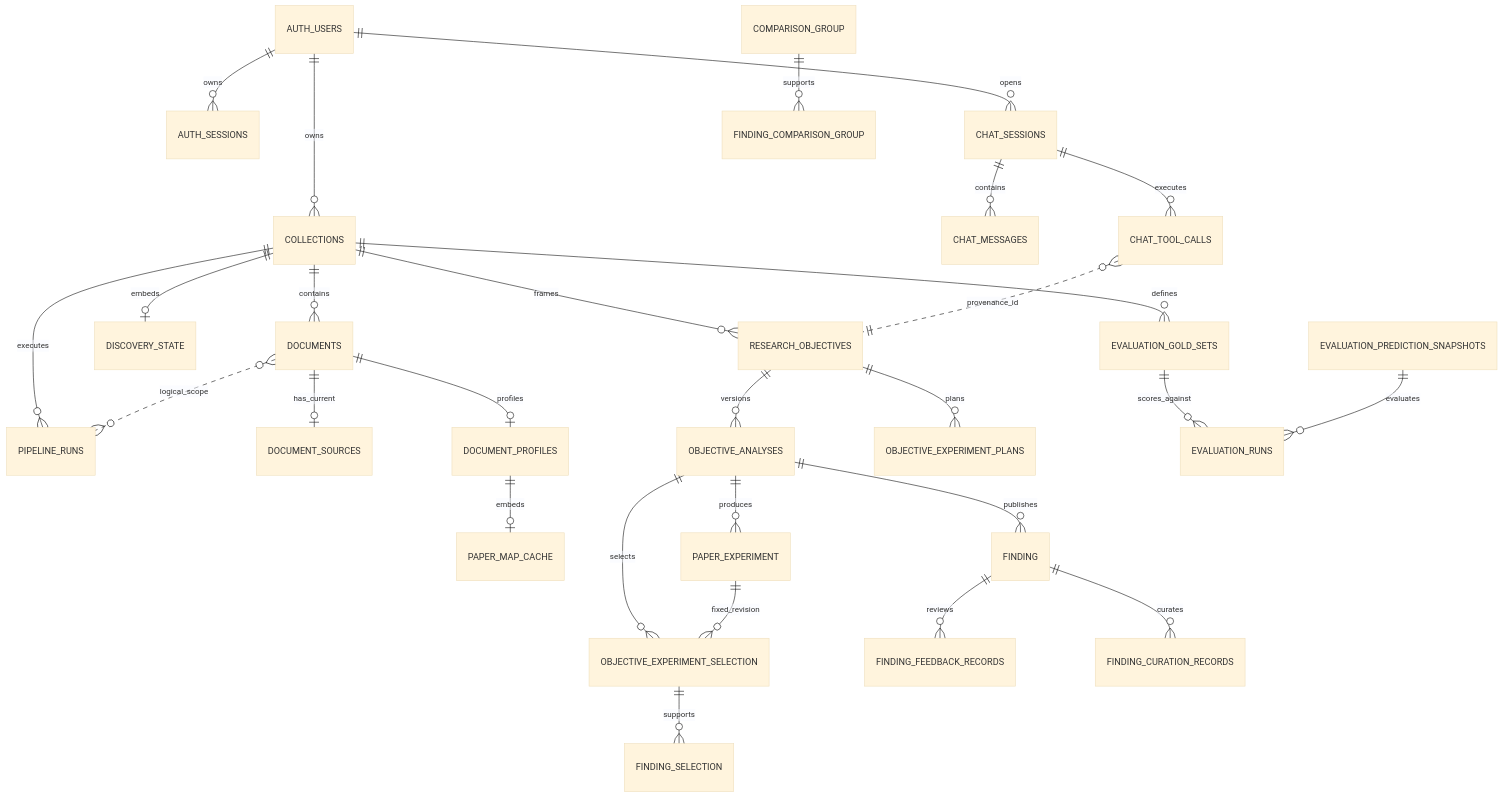
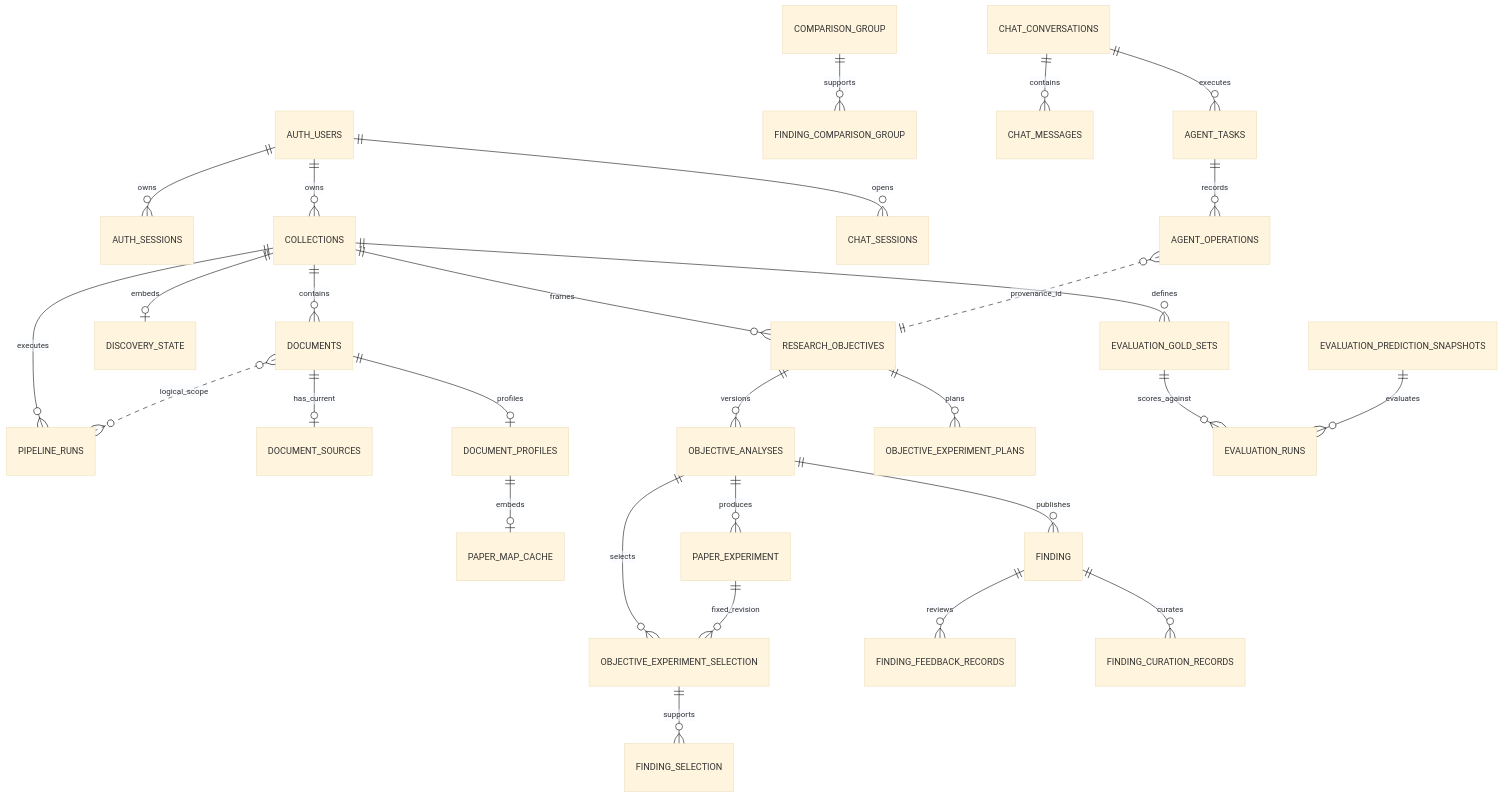
Before and after one commit to JeanphiloGong/tsingai-lens: the second of 2 diagrams in backend/docs/architecture/database.md, drawn with Mermaid (base theme). The commit also changed other lines of this file and 194 other files, not shown here.

````diff
--- a/backend/docs/architecture/database.md
+++ b/backend/docs/architecture/database.md
@@ -353,30 +339,31 @@
 ```mermaid
 erDiagram
     AUTH_USERS ||--o{ AUTH_SESSIONS : owns
     AUTH_USERS ||--o{ COLLECTIONS : owns
     AUTH_USERS ||--o{ CHAT_SESSIONS : opens
     COLLECTIONS ||--o{ DOCUMENTS : contains
     COLLECTIONS ||--o{ PIPELINE_RUNS : executes
     DOCUMENTS }o..o{ PIPELINE_RUNS : logical_scope
     DOCUMENTS ||--o| DOCUMENT_SOURCES : has_current
     DOCUMENTS ||--o| DOCUMENT_PROFILES : profiles
     DOCUMENT_PROFILES ||--o| PAPER_MAP_CACHE : embeds
     COLLECTIONS ||--o| DISCOVERY_STATE : embeds
     COLLECTIONS ||--o{ RESEARCH_OBJECTIVES : frames
     RESEARCH_OBJECTIVES ||--o{ OBJECTIVE_ANALYSES : versions
     OBJECTIVE_ANALYSES ||--o{ PAPER_EXPERIMENT : produces
     OBJECTIVE_ANALYSES ||--o{ OBJECTIVE_EXPERIMENT_SELECTION : selects
     PAPER_EXPERIMENT ||--o{ OBJECTIVE_EXPERIMENT_SELECTION : fixed_revision
     OBJECTIVE_EXPERIMENT_SELECTION ||--o{ FINDING_SELECTION : supports
     COMPARISON_GROUP ||--o{ FINDING_COMPARISON_GROUP : supports
     OBJECTIVE_ANALYSES ||--o{ FINDING : publishes
-    CHAT_SESSIONS ||--o{ CHAT_MESSAGES : contains
-    CHAT_SESSIONS ||--o{ CHAT_TOOL_CALLS : executes
+    CHAT_CONVERSATIONS ||--o{ CHAT_MESSAGES : contains
+    CHAT_CONVERSATIONS ||--o{ AGENT_TASKS : executes
+    AGENT_TASKS ||--o{ AGENT_OPERATIONS : records
     RESEARCH_OBJECTIVES ||--o{ OBJECTIVE_EXPERIMENT_PLANS : plans
     FINDING ||--o{ FINDING_FEEDBACK_RECORDS : reviews
     FINDING ||--o{ FINDING_CURATION_RECORDS : curates
     COLLECTIONS ||--o{ EVALUATION_GOLD_SETS : defines
     EVALUATION_GOLD_SETS ||--o{ EVALUATION_RUNS : scores_against
     EVALUATION_PREDICTION_SNAPSHOTS ||--o{ EVALUATION_RUNS : evaluates
-    CHAT_TOOL_CALLS }o..|| RESEARCH_OBJECTIVES : provenance_id
+    AGENT_OPERATIONS }o..|| RESEARCH_OBJECTIVES : provenance_id
 ```
````
